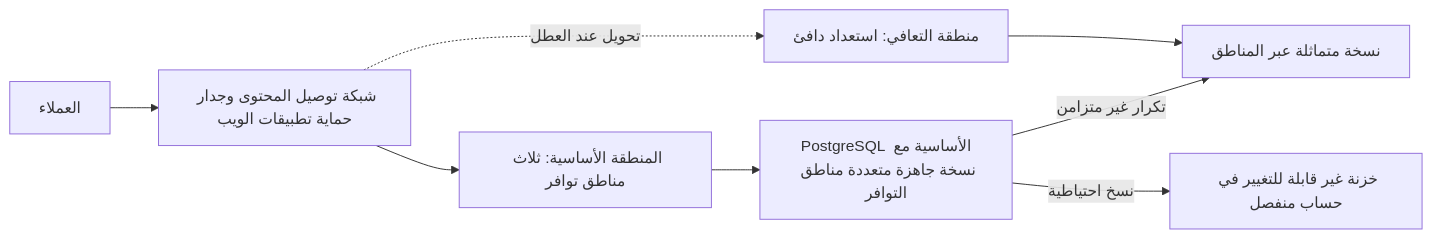
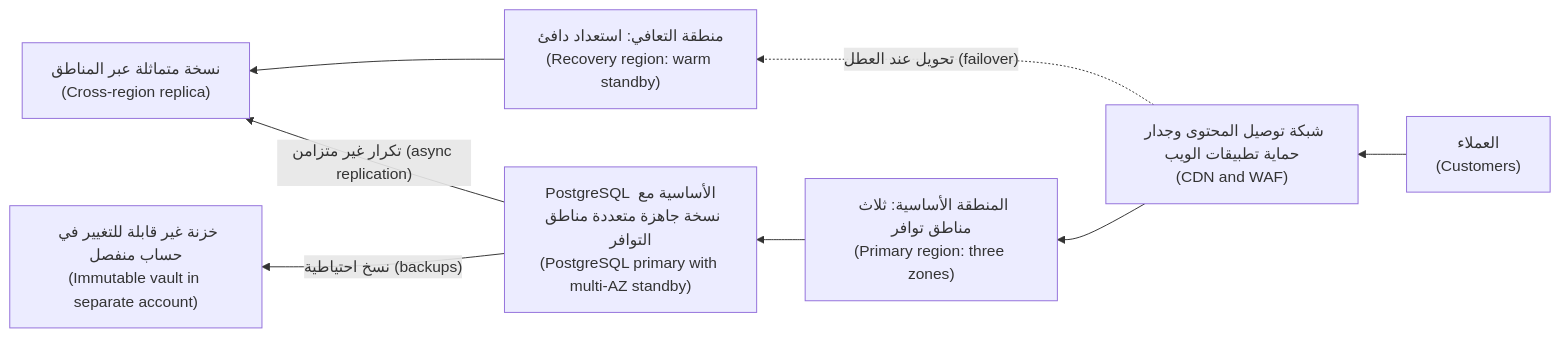
Before and after one commit to Tamoura/system-design-for-vibe-coders: the first of 3 diagrams in cloud/modules/06-scale.ar.md, drawn with Mermaid. The commit also changed other lines of this file and 20 other files, not shown here.

First line of the commit message:
New courses: Arabic diagrams read right-to-left with English labels (modules 0–6)

````diff
--- a/cloud/modules/06-scale.ar.md
+++ b/cloud/modules/06-scale.ar.md
@@ -118,10 +118,10 @@
 ```mermaid
-flowchart LR
-    U["العملاء"] --> E["شبكة توصيل المحتوى وجدار حماية تطبيقات الويب"]
-    E --> R1["المنطقة الأساسية: ثلاث مناطق توافر"]
-    E -.->|"تحويل عند العطل"| R2["منطقة التعافي: استعداد دافئ"]
-    R1 --> D1["PostgreSQL الأساسية مع نسخة جاهزة متعددة مناطق التوافر"]
-    D1 -->|"تكرار غير متزامن"| D2["نسخة متماثلة عبر المناطق"]
-    D1 -->|"نسخ احتياطية"| V["خزنة غير قابلة للتغيير في حساب منفصل"]
+flowchart RL
+    U["العملاء<br/>(Customers)"] --> E["شبكة توصيل المحتوى وجدار حماية تطبيقات الويب<br/>(CDN and WAF)"]
+    E --> R1["المنطقة الأساسية: ثلاث مناطق توافر<br/>(Primary region: three zones)"]
+    E -.->|"تحويل عند العطل (failover)"| R2["منطقة التعافي: استعداد دافئ<br/>(Recovery region: warm standby)"]
+    R1 --> D1["PostgreSQL الأساسية مع نسخة جاهزة متعددة مناطق التوافر<br/>(PostgreSQL primary with multi-AZ standby)"]
+    D1 -->|"تكرار غير متزامن (async replication)"| D2["نسخة متماثلة عبر المناطق<br/>(Cross-region replica)"]
+    D1 -->|"نسخ احتياطية (backups)"| V["خزنة غير قابلة للتغيير في حساب منفصل<br/>(Immutable vault in separate account)"]
     R2 --> D2
 ```
````
